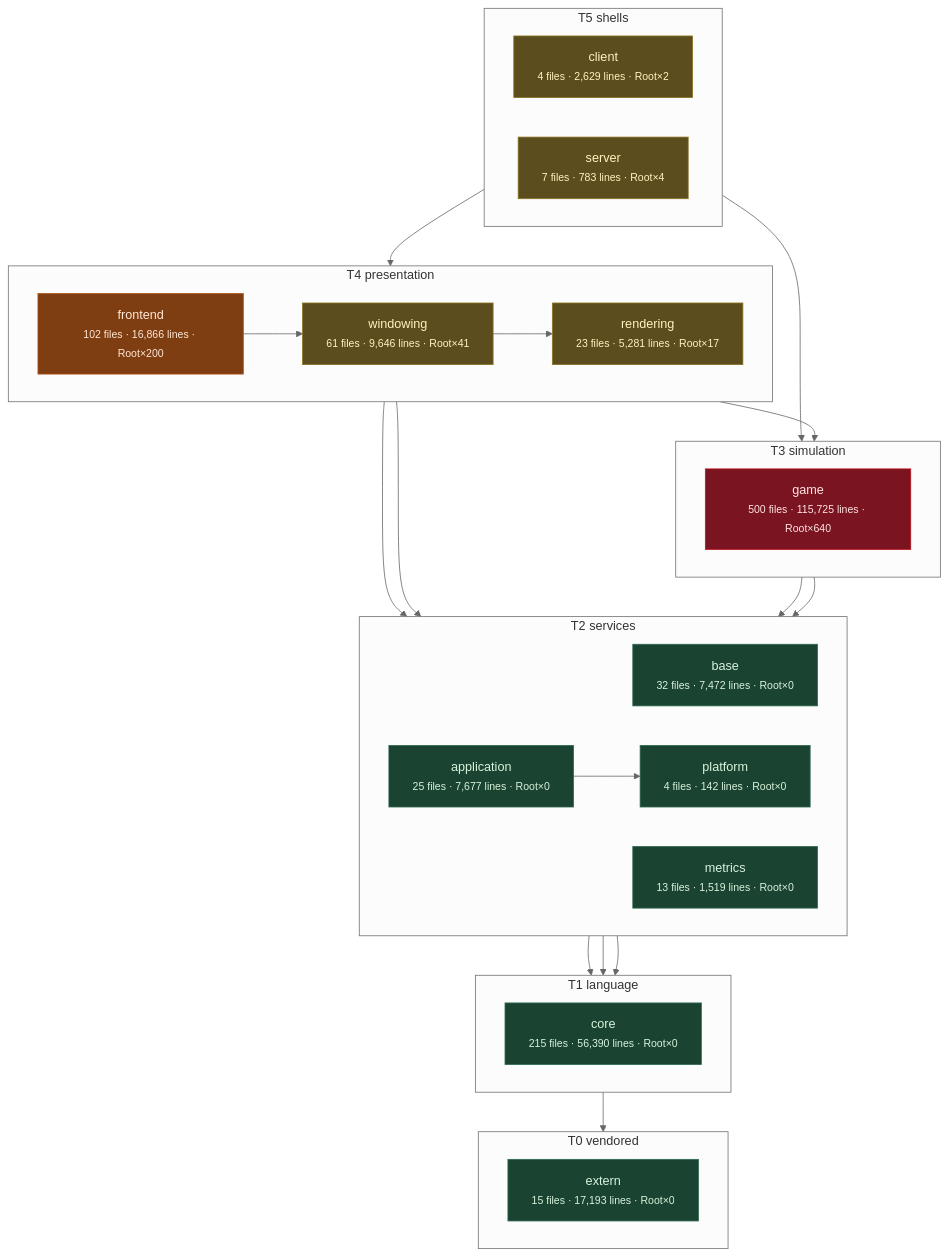
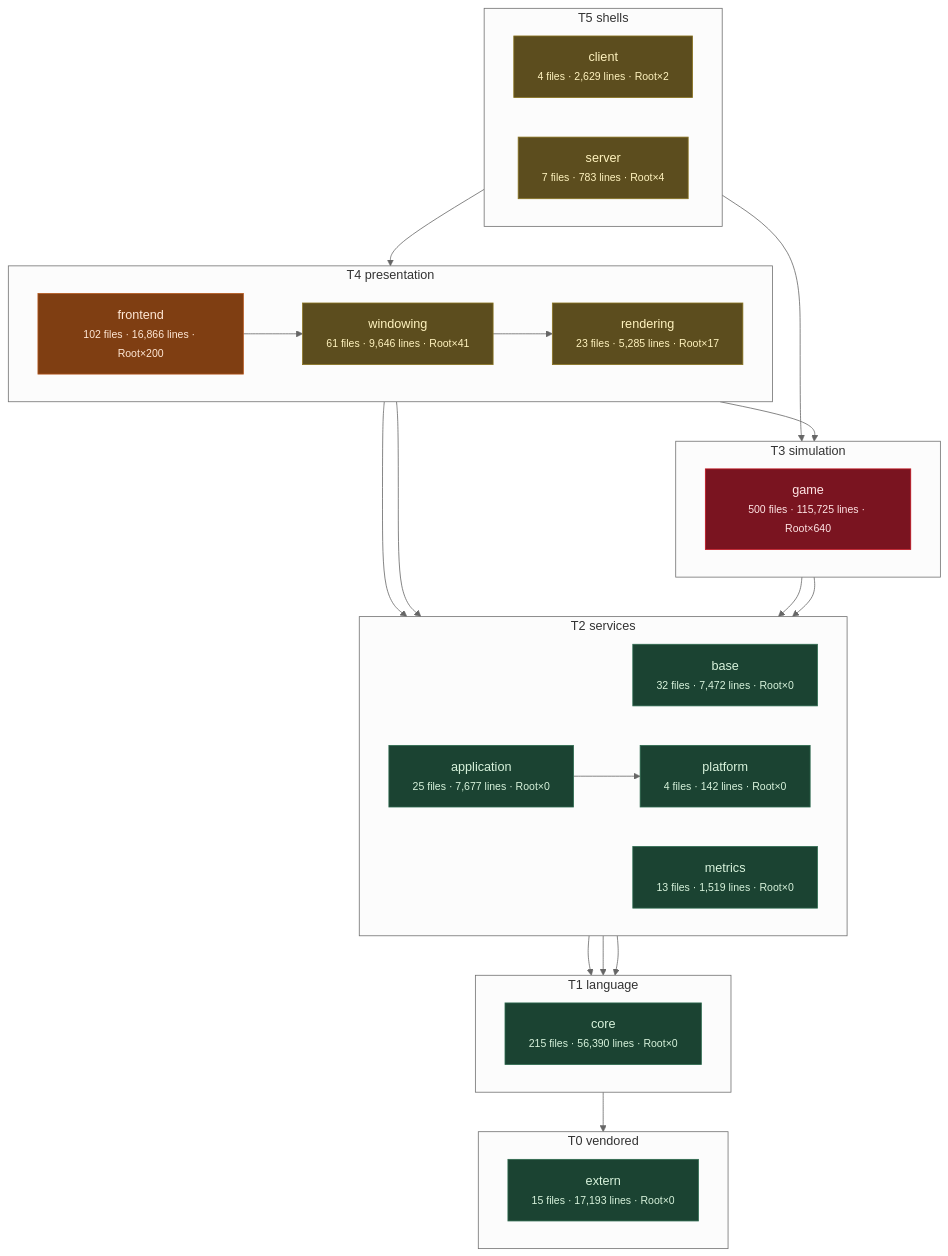
The third of 11 diagrams in docs/architecture/system-boundaries.md (apnex/OpenStarbound), drawn with Mermaid (neutral theme) before and after one commit. The commit also changed other lines of this file and 1 other file, not shown here.

````diff
--- a/docs/architecture/system-boundaries.md
+++ b/docs/architecture/system-boundaries.md
@@ -271,55 +271,55 @@
 ```mermaid
 flowchart TD
   subgraph T0["T0 vendored"]
     direction LR
     extern["extern<br/><small>15 files · 17,193 lines · Root×0</small>"]
   end
   subgraph T1["T1 language"]
     direction LR
     core["core<br/><small>215 files · 56,390 lines · Root×0</small>"]
   end
   subgraph T2["T2 services"]
     direction LR
     base["base<br/><small>32 files · 7,472 lines · Root×0</small>"]
     metrics["metrics<br/><small>13 files · 1,519 lines · Root×0</small>"]
     platform["platform<br/><small>4 files · 142 lines · Root×0</small>"]
     application["application<br/><small>25 files · 7,677 lines · Root×0</small>"]
   end
   subgraph T3["T3 simulation"]
     direction LR
     game["game<br/><small>500 files · 115,725 lines · Root×640</small>"]
   end
   subgraph T4["T4 presentation"]
     direction LR
-    rendering["rendering<br/><small>23 files · 5,281 lines · Root×17</small>"]
+    rendering["rendering<br/><small>23 files · 5,285 lines · Root×17</small>"]
     windowing["windowing<br/><small>61 files · 9,646 lines · Root×41</small>"]
     frontend["frontend<br/><small>102 files · 16,866 lines · Root×200</small>"]
   end
   subgraph T5["T5 shells"]
     direction LR
     client["client<br/><small>4 files · 2,629 lines · Root×2</small>"]
     server["server<br/><small>7 files · 783 lines · Root×4</small>"]
   end
   core --> extern
   base --> core
   metrics --> core
   platform --> core
   application --> platform
   game --> base
   game --> platform
   rendering --> application
   rendering --> game
   windowing --> rendering
   frontend --> metrics
   frontend --> windowing
   client --> frontend
   server --> game
   classDef clean fill:#1b4332,stroke:#2d6a4f,color:#d8f3dc
   classDef warm  fill:#5c4d1e,stroke:#8a7420,color:#fff3bf
   classDef hot   fill:#7f3e12,stroke:#b5561b,color:#ffe8d6
   classDef blaze fill:#7a1420,stroke:#c1121f,color:#ffe5e5
   class extern,core,base,metrics,platform,application clean
   class rendering,windowing,client,server warm
   class frontend hot
   class game blaze
 ```
````
